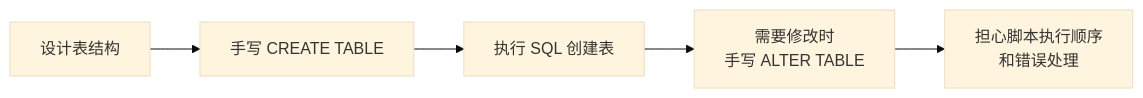
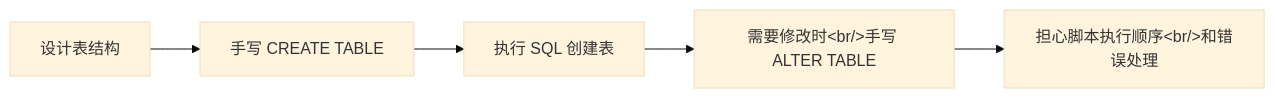
The first of 3 diagrams in docs/guide/what-is-justdb.md (windli2018/justdb-docs-internal), drawn with Mermaid (base theme) before and after one commit. The commit also changed other lines of this file and 162 other files, not shown here.

````diff
--- a/docs/guide/what-is-justdb.md
+++ b/docs/guide/what-is-justdb.md
@@ -24,7 +24,7 @@
 ```mermaid
 flowchart LR
     A[设计表结构] --> B[手写 CREATE TABLE]
     B --> C[执行 SQL 创建表]
-    C --> D[需要修改时<br/>手写 ALTER TABLE]
-    D --> E[担心脚本执行顺序<br/>和错误处理]
+    C --> D[需要修改时&lt;br/&gt;手写 ALTER TABLE]
+    D --> E[担心脚本执行顺序&lt;br/&gt;和错误处理]
 ```
````
